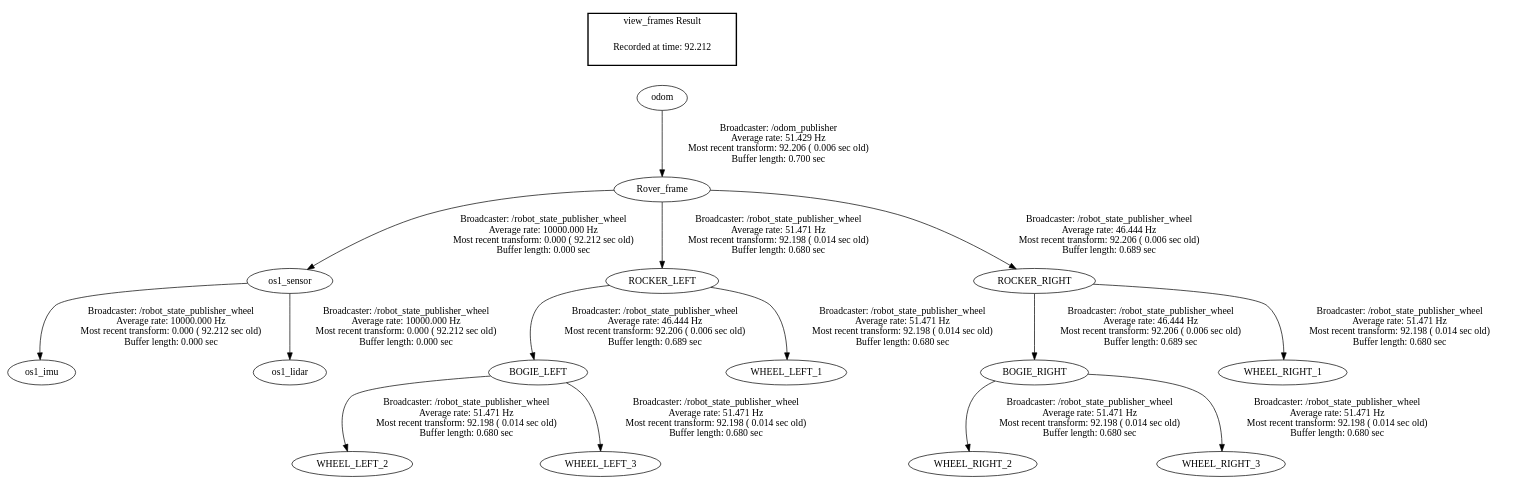
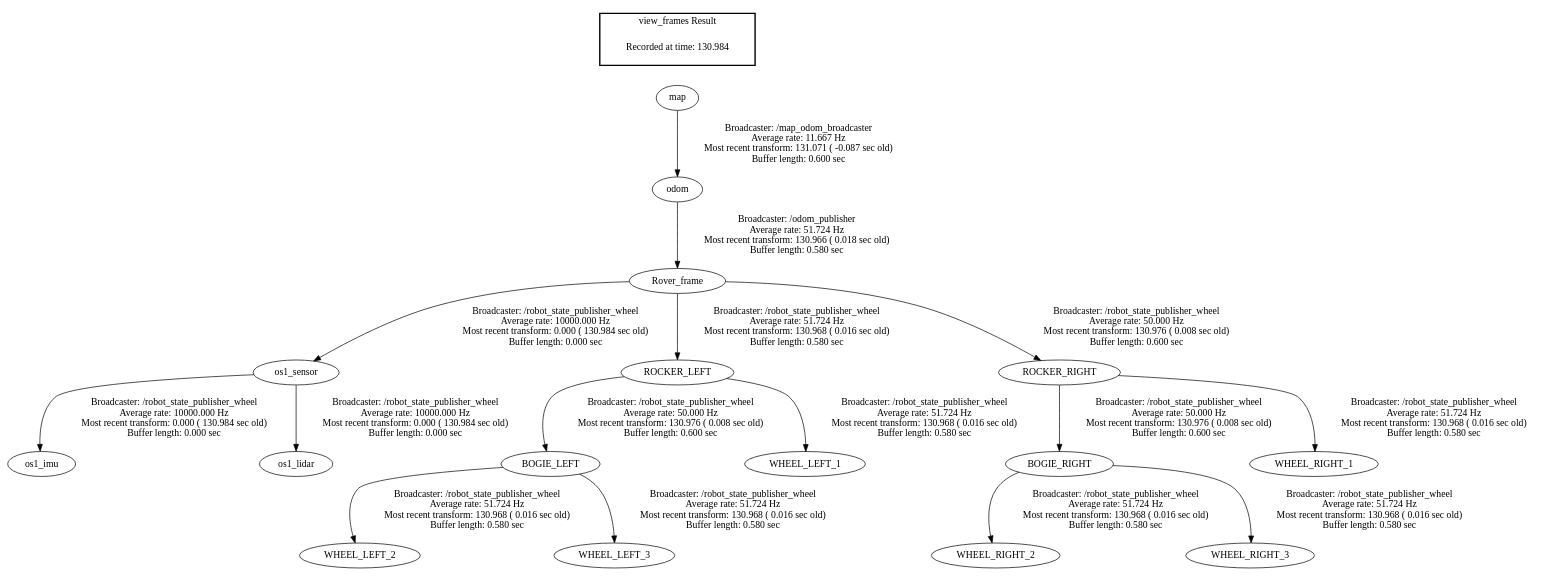
The diagram in frames.gv (EPFLXplore/main_NAV_ws), drawn with Graphviz before and after one commit. The commit also changed 22 other files, not shown here.

```diff
--- a/frames.gv
+++ b/frames.gv
@@ -1,20 +1,21 @@
 digraph G {
-"os1_sensor" -> "os1_imu"[label="Broadcaster: /robot_state_publisher_wheel\nAverage rate: 10000.000 Hz\nMost recent transform: 0.000 ( 92.212 sec old)\nBuffer length: 0.000 sec\n"];
-"Rover_frame" -> "os1_sensor"[label="Broadcaster: /robot_state_publisher_wheel\nAverage rate: 10000.000 Hz\nMost recent transform: 0.000 ( 92.212 sec old)\nBuffer length: 0.000 sec\n"];
-"os1_sensor" -> "os1_lidar"[label="Broadcaster: /robot_state_publisher_wheel\nAverage rate: 10000.000 Hz\nMost recent transform: 0.000 ( 92.212 sec old)\nBuffer length: 0.000 sec\n"];
-"odom" -> "Rover_frame"[label="Broadcaster: /odom_publisher\nAverage rate: 51.429 Hz\nMost recent transform: 92.206 ( 0.006 sec old)\nBuffer length: 0.700 sec\n"];
-"ROCKER_LEFT" -> "BOGIE_LEFT"[label="Broadcaster: /robot_state_publisher_wheel\nAverage rate: 46.444 Hz\nMost recent transform: 92.206 ( 0.006 sec old)\nBuffer length: 0.689 sec\n"];
-"Rover_frame" -> "ROCKER_LEFT"[label="Broadcaster: /robot_state_publisher_wheel\nAverage rate: 51.471 Hz\nMost recent transform: 92.198 ( 0.014 sec old)\nBuffer length: 0.680 sec\n"];
-"ROCKER_RIGHT" -> "BOGIE_RIGHT"[label="Broadcaster: /robot_state_publisher_wheel\nAverage rate: 46.444 Hz\nMost recent transform: 92.206 ( 0.006 sec old)\nBuffer length: 0.689 sec\n"];
-"Rover_frame" -> "ROCKER_RIGHT"[label="Broadcaster: /robot_state_publisher_wheel\nAverage rate: 46.444 Hz\nMost recent transform: 92.206 ( 0.006 sec old)\nBuffer length: 0.689 sec\n"];
-"ROCKER_LEFT" -> "WHEEL_LEFT_1"[label="Broadcaster: /robot_state_publisher_wheel\nAverage rate: 51.471 Hz\nMost recent transform: 92.198 ( 0.014 sec old)\nBuffer length: 0.680 sec\n"];
-"BOGIE_LEFT" -> "WHEEL_LEFT_2"[label="Broadcaster: /robot_state_publisher_wheel\nAverage rate: 51.471 Hz\nMost recent transform: 92.198 ( 0.014 sec old)\nBuffer length: 0.680 sec\n"];
-"BOGIE_LEFT" -> "WHEEL_LEFT_3"[label="Broadcaster: /robot_state_publisher_wheel\nAverage rate: 51.471 Hz\nMost recent transform: 92.198 ( 0.014 sec old)\nBuffer length: 0.680 sec\n"];
-"ROCKER_RIGHT" -> "WHEEL_RIGHT_1"[label="Broadcaster: /robot_state_publisher_wheel\nAverage rate: 51.471 Hz\nMost recent transform: 92.198 ( 0.014 sec old)\nBuffer length: 0.680 sec\n"];
-"BOGIE_RIGHT" -> "WHEEL_RIGHT_2"[label="Broadcaster: /robot_state_publisher_wheel\nAverage rate: 51.471 Hz\nMost recent transform: 92.198 ( 0.014 sec old)\nBuffer length: 0.680 sec\n"];
-"BOGIE_RIGHT" -> "WHEEL_RIGHT_3"[label="Broadcaster: /robot_state_publisher_wheel\nAverage rate: 51.471 Hz\nMost recent transform: 92.198 ( 0.014 sec old)\nBuffer length: 0.680 sec\n"];
+"os1_sensor" -> "os1_imu"[label="Broadcaster: /robot_state_publisher_wheel\nAverage rate: 10000.000 Hz\nMost recent transform: 0.000 ( 130.984 sec old)\nBuffer length: 0.000 sec\n"];
+"Rover_frame" -> "os1_sensor"[label="Broadcaster: /robot_state_publisher_wheel\nAverage rate: 10000.000 Hz\nMost recent transform: 0.000 ( 130.984 sec old)\nBuffer length: 0.000 sec\n"];
+"os1_sensor" -> "os1_lidar"[label="Broadcaster: /robot_state_publisher_wheel\nAverage rate: 10000.000 Hz\nMost recent transform: 0.000 ( 130.984 sec old)\nBuffer length: 0.000 sec\n"];
+"odom" -> "Rover_frame"[label="Broadcaster: /odom_publisher\nAverage rate: 51.724 Hz\nMost recent transform: 130.966 ( 0.018 sec old)\nBuffer length: 0.580 sec\n"];
+"map" -> "odom"[label="Broadcaster: /map_odom_broadcaster\nAverage rate: 11.667 Hz\nMost recent transform: 131.071 ( -0.087 sec old)\nBuffer length: 0.600 sec\n"];
+"ROCKER_LEFT" -> "BOGIE_LEFT"[label="Broadcaster: /robot_state_publisher_wheel\nAverage rate: 50.000 Hz\nMost recent transform: 130.976 ( 0.008 sec old)\nBuffer length: 0.600 sec\n"];
+"Rover_frame" -> "ROCKER_LEFT"[label="Broadcaster: /robot_state_publisher_wheel\nAverage rate: 51.724 Hz\nMost recent transform: 130.968 ( 0.016 sec old)\nBuffer length: 0.580 sec\n"];
+"ROCKER_RIGHT" -> "BOGIE_RIGHT"[label="Broadcaster: /robot_state_publisher_wheel\nAverage rate: 50.000 Hz\nMost recent transform: 130.976 ( 0.008 sec old)\nBuffer length: 0.600 sec\n"];
+"Rover_frame" -> "ROCKER_RIGHT"[label="Broadcaster: /robot_state_publisher_wheel\nAverage rate: 50.000 Hz\nMost recent transform: 130.976 ( 0.008 sec old)\nBuffer length: 0.600 sec\n"];
+"ROCKER_LEFT" -> "WHEEL_LEFT_1"[label="Broadcaster: /robot_state_publisher_wheel\nAverage rate: 51.724 Hz\nMost recent transform: 130.968 ( 0.016 sec old)\nBuffer length: 0.580 sec\n"];
+"BOGIE_LEFT" -> "WHEEL_LEFT_2"[label="Broadcaster: /robot_state_publisher_wheel\nAverage rate: 51.724 Hz\nMost recent transform: 130.968 ( 0.016 sec old)\nBuffer length: 0.580 sec\n"];
+"BOGIE_LEFT" -> "WHEEL_LEFT_3"[label="Broadcaster: /robot_state_publisher_wheel\nAverage rate: 51.724 Hz\nMost recent transform: 130.968 ( 0.016 sec old)\nBuffer length: 0.580 sec\n"];
+"ROCKER_RIGHT" -> "WHEEL_RIGHT_1"[label="Broadcaster: /robot_state_publisher_wheel\nAverage rate: 51.724 Hz\nMost recent transform: 130.968 ( 0.016 sec old)\nBuffer length: 0.580 sec\n"];
+"BOGIE_RIGHT" -> "WHEEL_RIGHT_2"[label="Broadcaster: /robot_state_publisher_wheel\nAverage rate: 51.724 Hz\nMost recent transform: 130.968 ( 0.016 sec old)\nBuffer length: 0.580 sec\n"];
+"BOGIE_RIGHT" -> "WHEEL_RIGHT_3"[label="Broadcaster: /robot_state_publisher_wheel\nAverage rate: 51.724 Hz\nMost recent transform: 130.968 ( 0.016 sec old)\nBuffer length: 0.580 sec\n"];
 edge [style=invis];
  subgraph cluster_legend { style=bold; color=black; label ="view_frames Result";
-"Recorded at time: 92.212"[ shape=plaintext ] ;
- }->"odom";
+"Recorded at time: 130.984"[ shape=plaintext ] ;
+ }->"map";
 }
```
